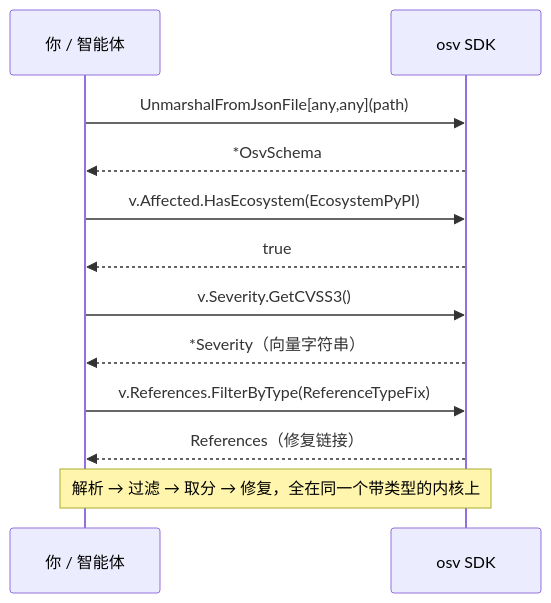
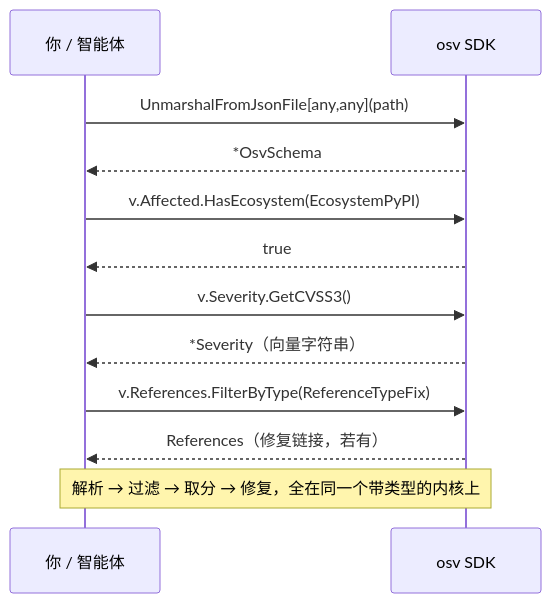
The seventh of 8 diagrams in website/zh/reference/methods.md (scagogogo/osv-schema-skills), drawn with Mermaid before and after one commit. The commit also changed other lines of this file and 1 other file, not shown here.

Commit message:
docs(website): fix misleading method-chain diagram in methods.md (EN+ZH)
The sequenceDiagram "A real query, method by method" claimed
FilterByType(ReferenceTypeFix) returns "References (fix links)" — implying
the GHSA-vxv8-r8q2-63xw sample carries FIX references. It does not: that
record's references are WEB/ADVISORY/PACKAGE, so the call returns an empty
slice. Reword to honest "fix links, if any" + a parenthetical noting the
sample has no FIX entries, so the figure stops misrepresenting the sample
it cites.

````diff
--- a/website/zh/reference/methods.md
+++ b/website/zh/reference/methods.md
@@ -203,14 +203,14 @@
 ```mermaid
 sequenceDiagram
   participant You as 你 / 智能体
   participant SDK as osv SDK
   You->>SDK: UnmarshalFromJsonFile[any,any](path)
   SDK-->>You: *OsvSchema
   You->>SDK: v.Affected.HasEcosystem(EcosystemPyPI)
   SDK-->>You: true
   You->>SDK: v.Severity.GetCVSS3()
   SDK-->>You: *Severity（向量字符串）
   You->>SDK: v.References.FilterByType(ReferenceTypeFix)
-  SDK-->>You: References（修复链接）
+  SDK-->>You: References（修复链接，若有）
   Note over You,SDK: 解析 → 过滤 → 取分 → 修复，全在同一个带类型的内核上
 ```
````
